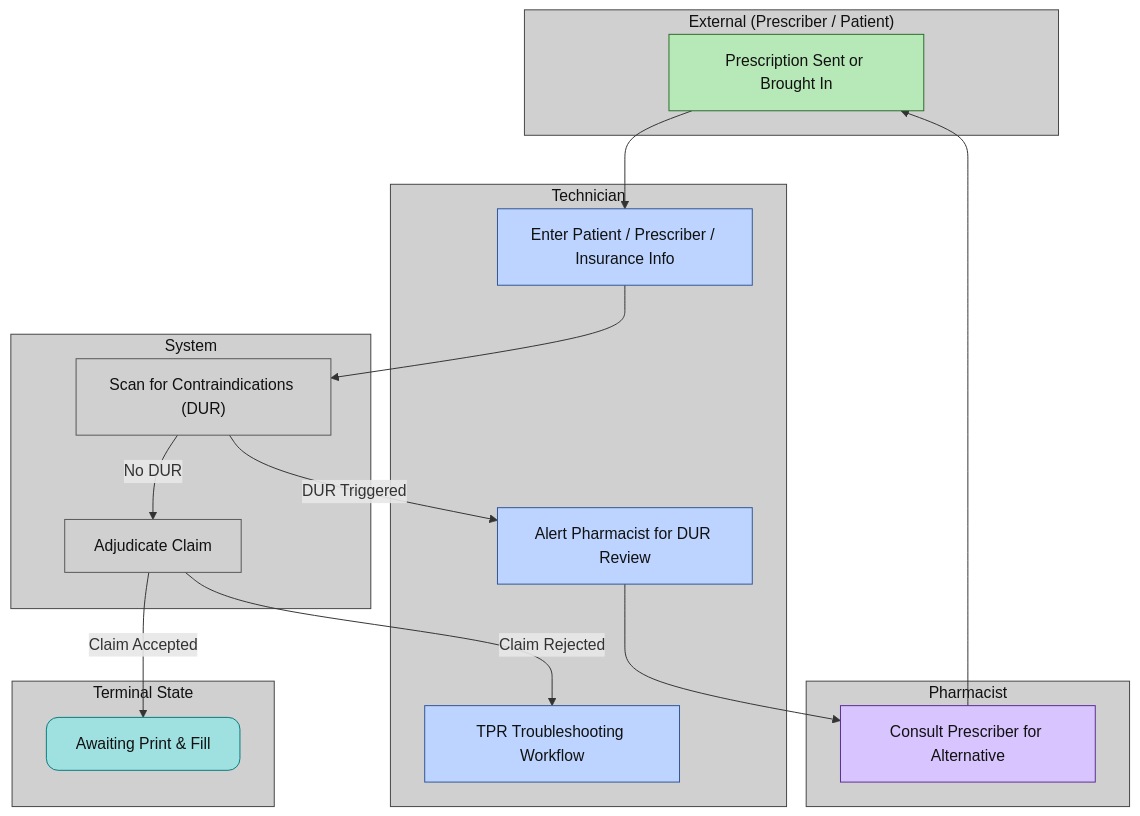
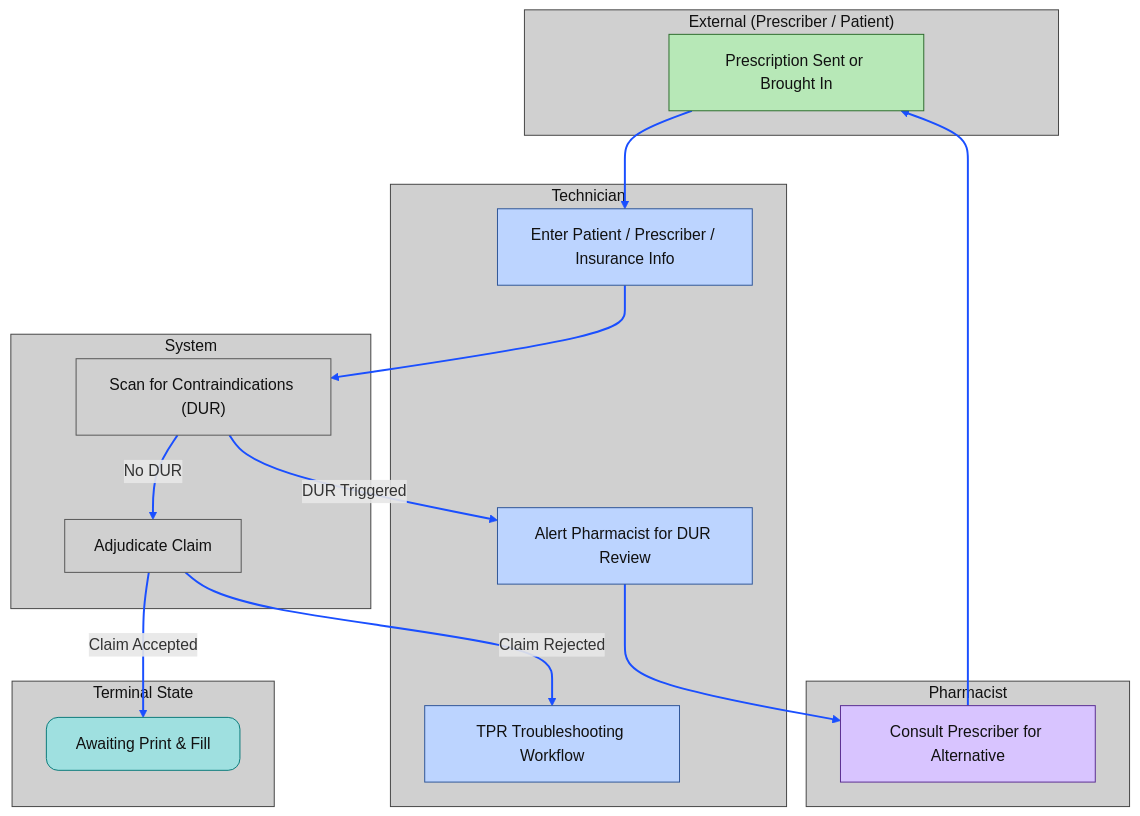
One commit to ctnava/rxtechnotes changed the first of 2 diagrams in core_operations.md. Above: the diagram before and after it, drawn with Mermaid.

````diff
--- a/core_operations.md
+++ b/core_operations.md
@@ -180,58 +180,59 @@
 ```mermaid
 flowchart TD
 
 %% =========================
 %% STYLE DEFINITIONS
 %% =========================
+linkStyle default stroke:#1a4fff,stroke-width:2px
 classDef lane fill:#d0d0d0,stroke:#444,stroke-width:1px,color:#111
 classDef external fill:#b7e8b7,stroke:#2d6b2d,stroke-width:1px,color:#111
 classDef tech fill:#bcd4ff,stroke:#2f5597,stroke-width:1px,color:#111
 classDef pharm fill:#d8c4ff,stroke:#5a2d91,stroke-width:1px,color:#111
 classDef system fill:#d0d0d0,stroke:#555,stroke-width:1px,color:#111
 classDef terminator fill:#9fe0e0,stroke:#0a7a7a,stroke-width:1px,rx:12,ry:12,color:#111
 classDef decision fill:#ffe98a,stroke:#b58a00,stroke-width:1px,rx:4,ry:4,color:#111
 
 %% =========================
 %% SWIMLANES
 %% =========================
 
 subgraph EXT["External (Prescriber / Patient)"]
     H1["Prescription Sent or Brought In"]:::external
 end
 class EXT lane
 
 subgraph TECH["Technician"]
     T1["Enter Patient / Prescriber / Insurance Info"]:::tech
     T2["TPR Troubleshooting Workflow"]:::tech
     T3["Alert Pharmacist for DUR Review"]:::tech
 end
 class TECH lane
 
 subgraph SYS["System"]
     S1["Scan for Contraindications (DUR)"]:::system
     S2["Adjudicate Claim"]:::system
 end
 class SYS lane
 
 subgraph PHARM["Pharmacist"]
     P1["Consult Prescriber for Alternative"]:::pharm
 end
 class PHARM lane
 
 subgraph TERM["Terminal State"]
     Z1["Awaiting Print & Fill"]:::terminator
 end
 class TERM lane
 
 %% =========================
 %% FLOW
 %% =========================
 
 H1 --> T1 --> S1
 
 S1 -->|DUR Triggered| T3 --> P1 --> H1
 S1 -->|No DUR| S2
 
 S2 -->|Claim Accepted| Z1
 S2 -->|Claim Rejected| T2
 ```
````
